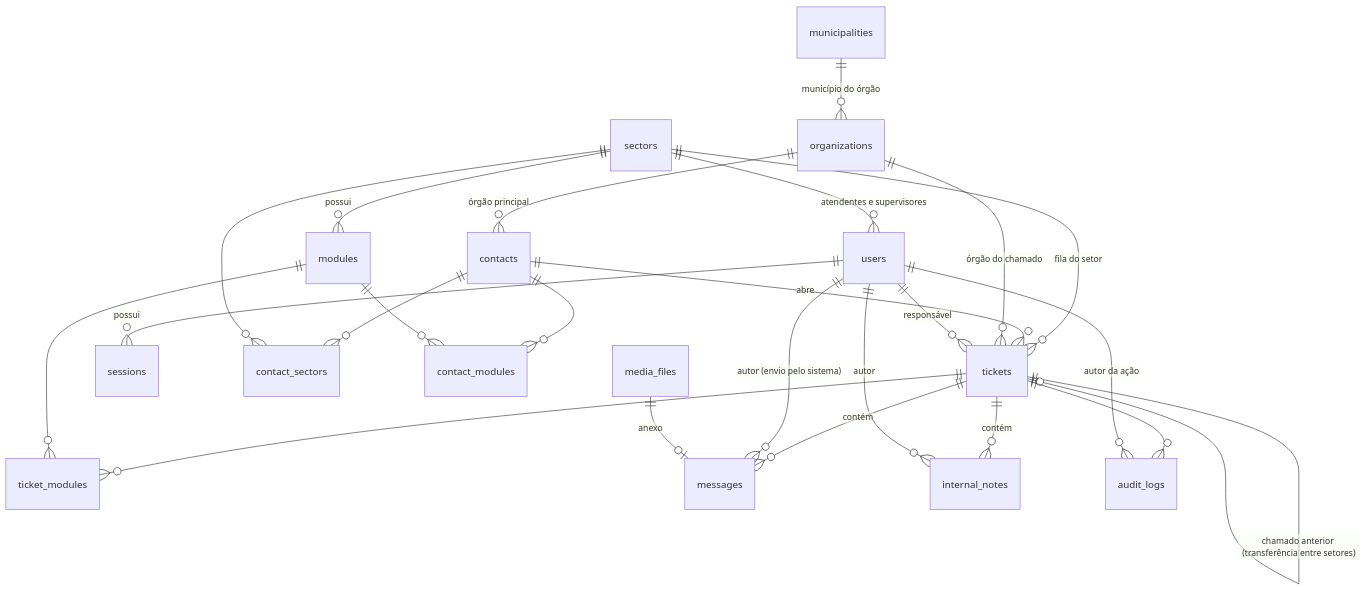
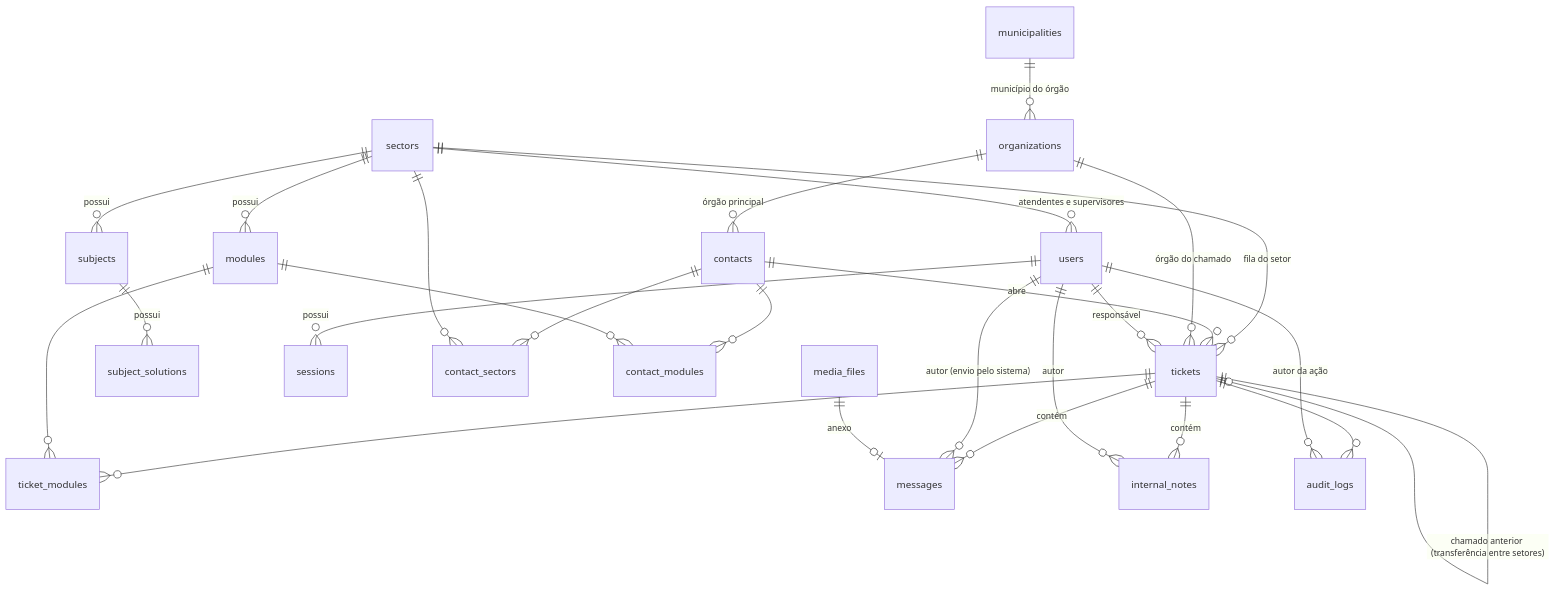
The first of 2 diagrams in modelo-dados.md (gcaspp-labs/xet), drawn with Mermaid before and after one commit. The commit also changed other lines of this file and 2 other files, not shown here.

````diff
--- a/modelo-dados.md
+++ b/modelo-dados.md
@@ -24,26 +24,28 @@
 ```mermaid
 erDiagram
     sectors ||--o{ users : "atendentes e supervisores"
     sectors ||--o{ modules : possui
     sectors ||--o{ tickets : "fila do setor"
+    sectors ||--o{ subjects : possui
+    subjects ||--o{ subject_solutions : possui
     users ||--o{ sessions : possui
     municipalities ||--o{ organizations : "município do órgão"
     organizations ||--o{ contacts : "órgão principal"
     contacts ||--o{ tickets : abre
     contacts ||--o{ contact_sectors : ""
     sectors ||--o{ contact_sectors : ""
     contacts ||--o{ contact_modules : ""
     modules ||--o{ contact_modules : ""
     organizations ||--o{ tickets : "órgão do chamado"
     users ||--o{ tickets : "responsável"
     tickets ||--o| tickets : "chamado anterior (transferência entre setores)"
     tickets ||--o{ ticket_modules : ""
     modules ||--o{ ticket_modules : ""
     tickets ||--o{ messages : contém
     users ||--o{ messages : "autor (envio pelo sistema)"
     media_files ||--o| messages : anexo
     tickets ||--o{ internal_notes : contém
     users ||--o{ internal_notes : autor
     tickets ||--o{ audit_logs : ""
     users ||--o{ audit_logs : "autor da ação"
 ```
````
